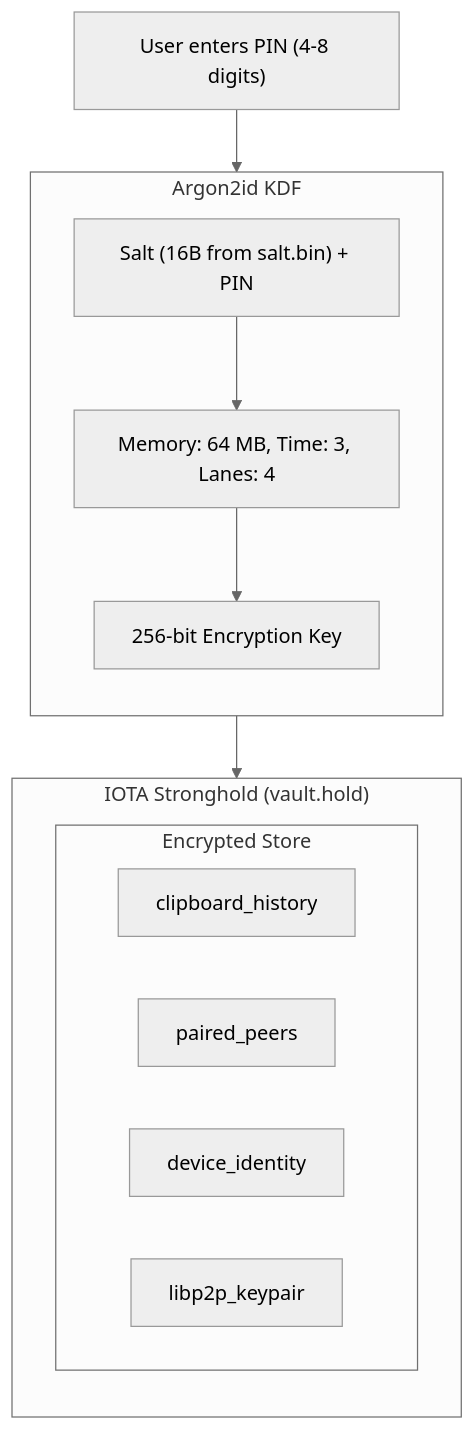
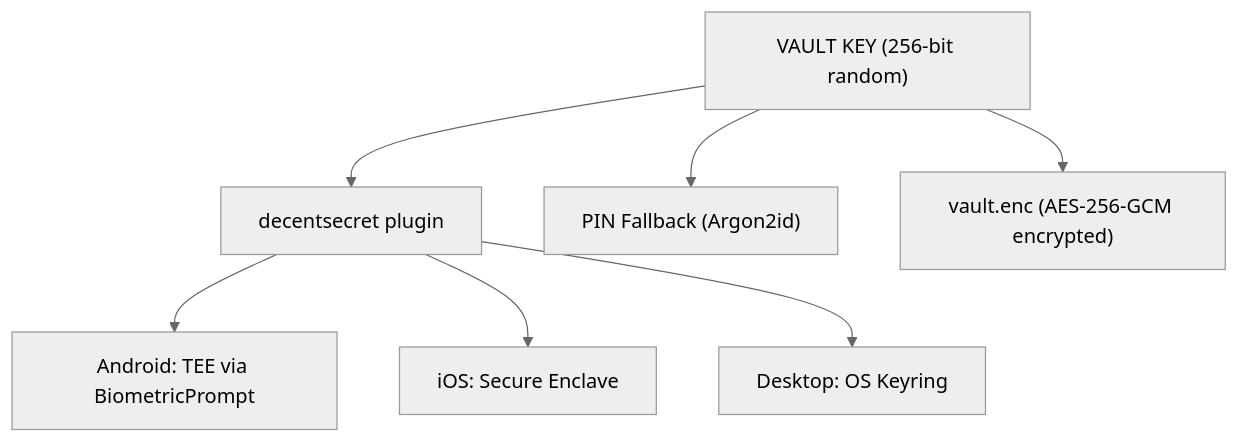
One commit to decentpaste/decentpaste changed the second of 4 diagrams in ARCHITECTURE.md. Above: the diagram before and after it, drawn with Mermaid (neutral theme). The commit also changed other lines of this file and 12 other files, not shown here.

First line of the commit message:
feat(storage): replace Stronghold with hardware-backed secure storage

````diff
--- a/ARCHITECTURE.md
+++ b/ARCHITECTURE.md
@@ -262,25 +277,14 @@
 ```mermaid
-flowchart TB
-    PIN["User enters PIN (4-8 digits)"]
+flowchart TD
+    VK["VAULT KEY (256-bit random)"]
 
-    subgraph KDF["Argon2id KDF"]
-        direction TB
-        Inputs["Salt (16B from salt.bin) + PIN"]
-        Params["Memory: 64 MB, Time: 3, Lanes: 4"]
-        Key["256-bit Encryption Key"]
-        Inputs --> Params --> Key
-    end
+    VK --> DS["decentsecret plugin"]
+    VK --> PIN["PIN Fallback (Argon2id)"]
 
-    subgraph Stronghold["IOTA Stronghold (vault.hold)"]
-        direction TB
-        subgraph Store["Encrypted Store"]
-            clipboard_history
-            paired_peers
-            device_identity
-            libp2p_keypair
-        end
-    end
+    DS --> Android["Android: TEE via BiometricPrompt"]
+    DS --> iOS["iOS: Secure Enclave"]
+    DS --> Desktop["Desktop: OS Keyring"]
 
-    PIN --> KDF
-    KDF --> Stronghold
+    Vault["vault.enc (AES-256-GCM encrypted)"]
+    VK --> Vault
 ```
````
